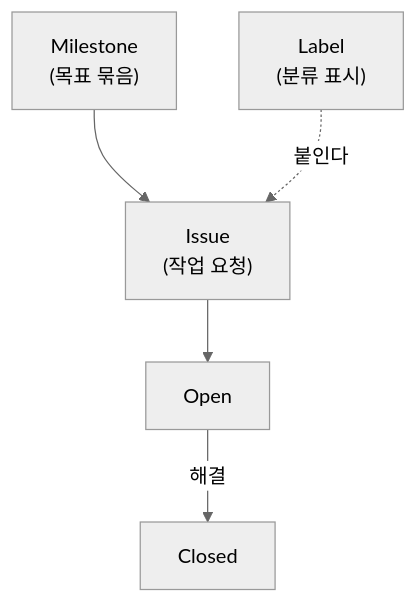
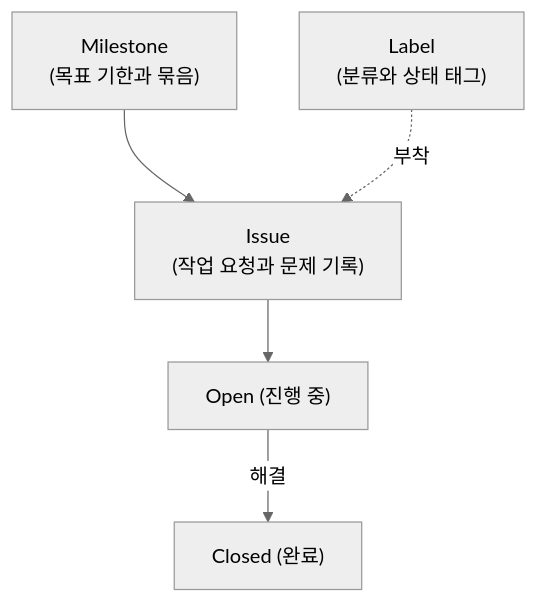
Before and after one commit to qus0in-factory/learn: the first of 2 diagrams in docs/easy/02-ai-and-github.md, drawn with Mermaid (neutral theme). The commit also changed other lines of this file, not shown here.

````diff
--- a/docs/easy/02-ai-and-github.md
+++ b/docs/easy/02-ai-and-github.md
@@ -40,7 +28,7 @@
 ```mermaid
 flowchart TB
-    MS["Milestone<br/>(목표 묶음)"] --> I1["Issue<br/>(작업 요청)"]
-    LB["Label<br/>(분류 표시)"] -.->|붙인다| I1
-    I1 --> OPEN["Open"]
-    OPEN -->|해결| CLOSED["Closed"]
+    MS["Milestone<br/>(목표 기한과 묶음)"] --> I1["Issue<br/>(작업 요청과 문제 기록)"]
+    LB["Label<br/>(분류와 상태 태그)"] -.->|부착| I1
+    I1 --> OPEN["Open (진행 중)"]
+    OPEN -->|해결| CLOSED["Closed (완료)"]
 ```
````
